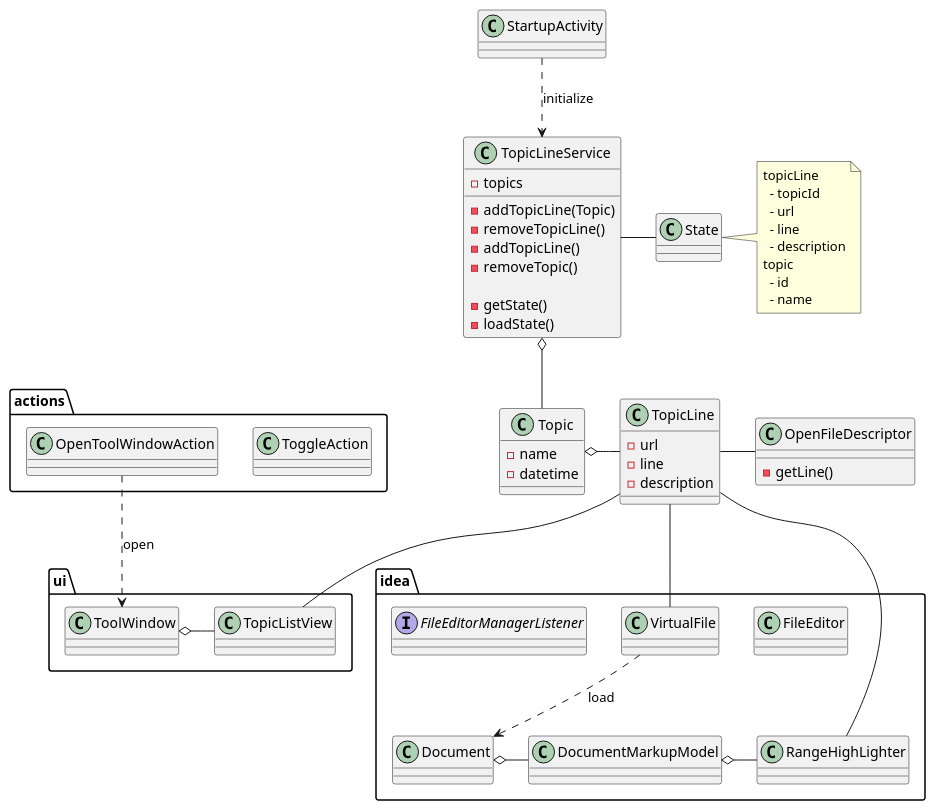
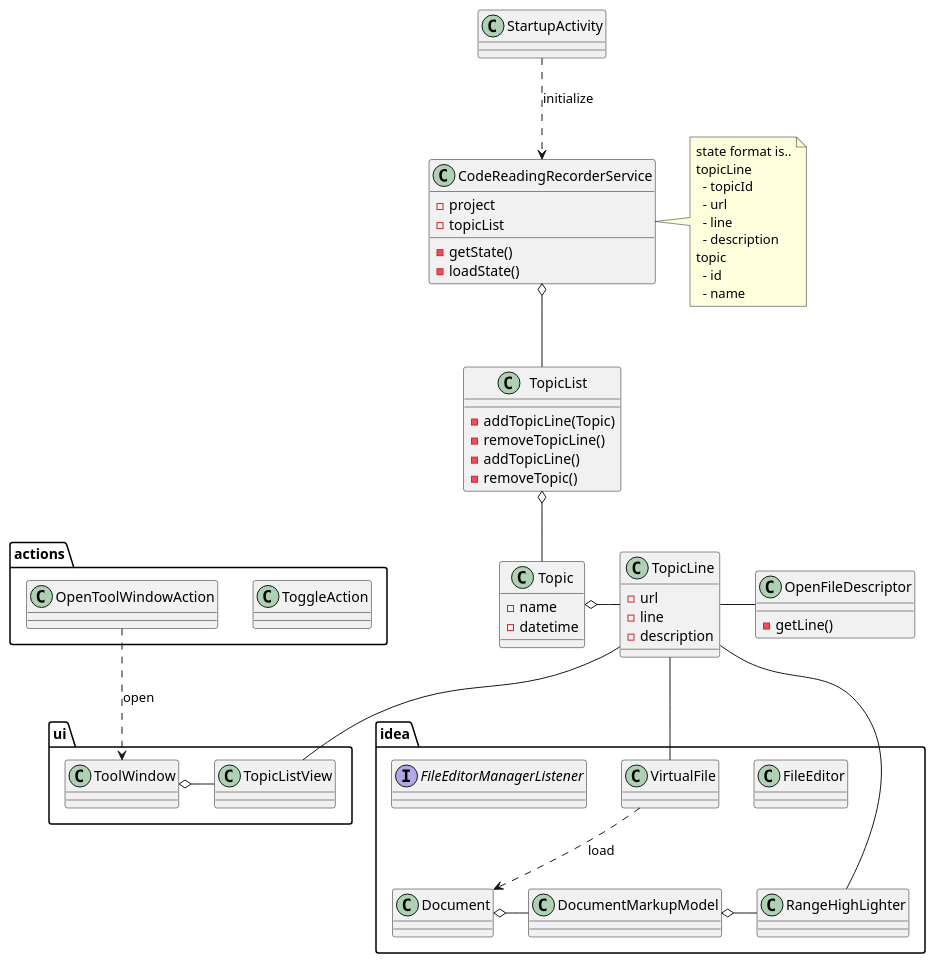
Before and after one commit to kitabatake/CodeReadingNote: the diagram in documents/class.puml, drawn with PlantUML. The commit also changed 6 other files, not shown here.

```diff
--- a/documents/class.puml
+++ b/documents/class.puml
@@ -1,85 +1,89 @@
 @startuml
 class TopicLine {
     - url
     - line
     - description
 }
 class Topic {
     - name
     - datetime
 }
 
-class TopicLineService {
-    - topics
+class TopicList {
     - addTopicLine(Topic)
     - removeTopicLine()
     - addTopicLine()
     - removeTopic()
+}
 
-    - getState()
-    - loadState() 
+class CodeReadingRecorderService {
+  - project
+  - topicList
+  - getState()
+  - loadState()
 }
+
+note right of CodeReadingRecorderService
+   state format is..
+   topicLine
+     - topicId
+     - url
+     - line
+     - description
+   topic
+     - id
+     - name
+end note
 
 class OpenFileDescriptor {
     - getLine()
 }
 
 class StartupActivity
 
-class State
-note right of State
-   topicLine
-     - topicId
-     - url
-     - line
-     - description
-   topic
-     - id
-     - name 
-end note
 
 package idea {
     class FileEditor
     class VirtualFile
 
     class Document
     class DocumentMarkupModel
     class RangeHighLighter
 
     interface FileEditorManagerListener
 
     Document o- DocumentMarkupModel
     DocumentMarkupModel o- RangeHighLighter
 
     VirtualFile ..> Document : load
 }
 
-
 package ui {
     class ToolWindow
     class TopicListView
 
     ToolWindow o- TopicListView
 }
 
 package actions {
     class ToggleAction
     class OpenToolWindowAction
 }
 
+
 /' relation '/
+StartupActivity ..> CodeReadingRecorderService : initialize
+CodeReadingRecorderService o-- TopicList
+
+TopicList o-- Topic
 Topic o- TopicLine
+
 TopicLine -- VirtualFile
 TopicLine - OpenFileDescriptor
 TopicLine -- RangeHighLighter
-
-TopicLineService o-- Topic
-TopicLineService - State
 
 TopicLine -- TopicListView
 
 OpenToolWindowAction ..> ToolWindow : open
 
-StartupActivity ..> TopicLineService : initialize
-
 @enduml
```
